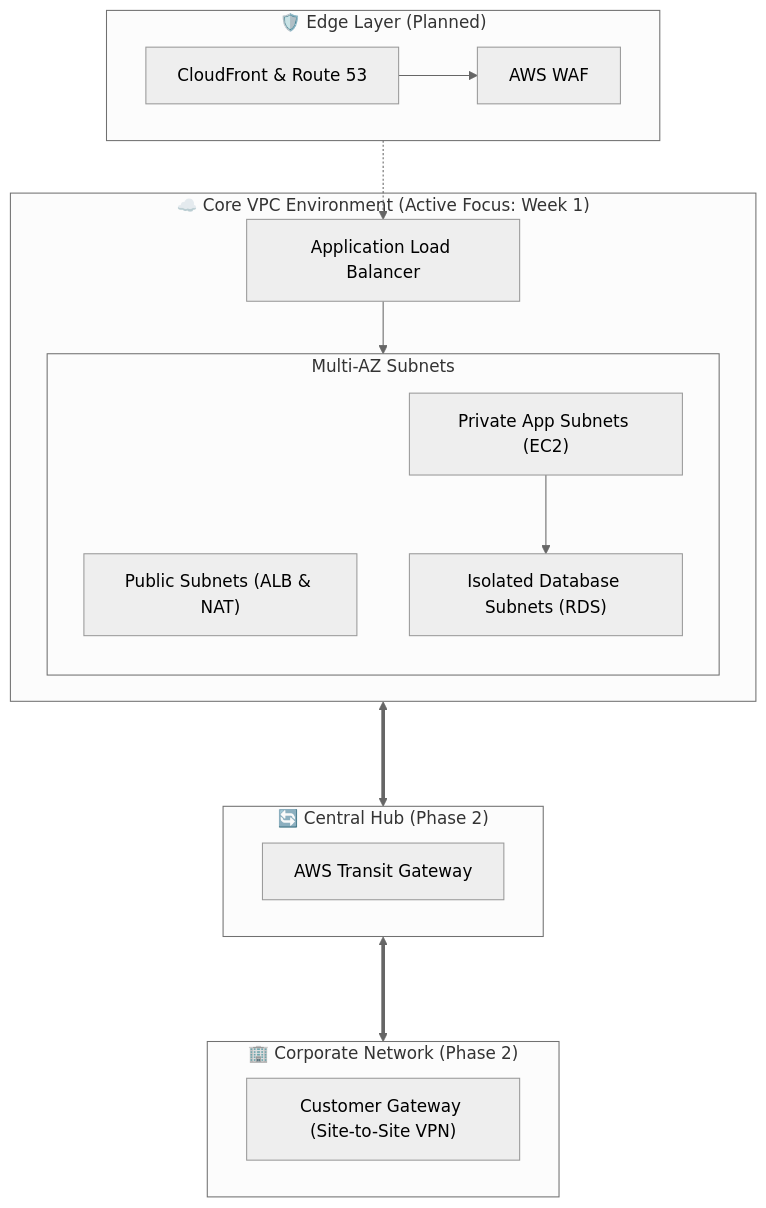
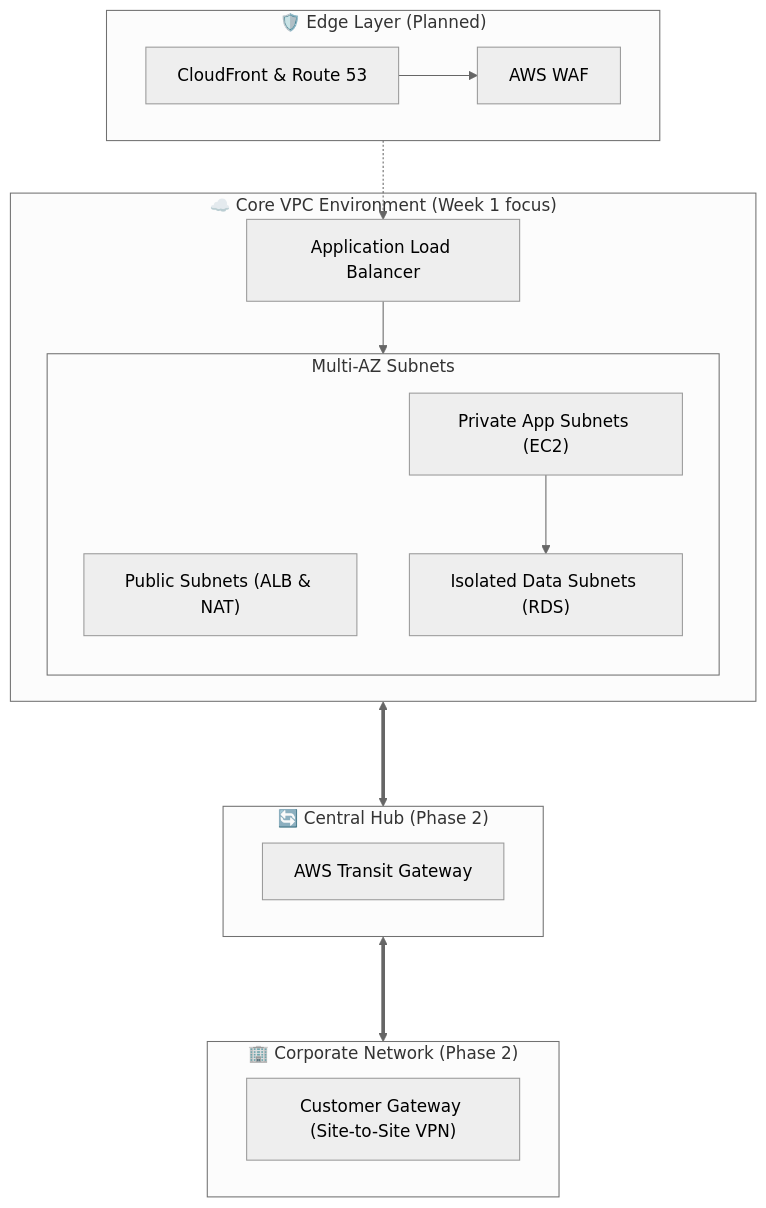
The diagram in README.md (zyada7med2/depi-aws-network-architecture), drawn with Mermaid (neutral theme) before and after one commit. The commit also changed other lines of this file and 4 other files, not shown here.

First line of the commit message:
docs: refine architecture specifications, CIDR allocation, and phase 0 scope

````diff
--- a/README.md
+++ b/README.md
@@ -21,30 +36,30 @@
 ```mermaid
 flowchart TB
     subgraph Edge[" 🛡️ Edge Layer (Planned) "]
         CF["CloudFront & Route 53"] --> WAF["AWS WAF"]
     end
 
-    subgraph Core_VPC[" ☁️ Core VPC Environment (Active Focus: Week 1) "]
+    subgraph Core_VPC[" ☁️ Core VPC Environment (Week 1 focus) "]
         ALB["Application Load Balancer"]
         subgraph Subnets["Multi-AZ Subnets"]
             direction TB
             Pub["Public Subnets (ALB & NAT)"]
             App["Private App Subnets (EC2)"]
-            DB["Isolated Database Subnets (RDS)"]
+            DB["Isolated Data Subnets (RDS)"]
         end
         ALB --> App
         App --> DB
     end
 
     subgraph Hub[" 🔄 Central Hub (Phase 2) "]
         TGW["AWS Transit Gateway"]
     end
 
     subgraph OnPrem[" 🏢 Corporate Network (Phase 2) "]
         CGW["Customer Gateway (Site-to-Site VPN)"]
     end
 
     Edge -.-> ALB
     Core_VPC <===> Hub
     Hub <===> OnPrem
 ```
````
